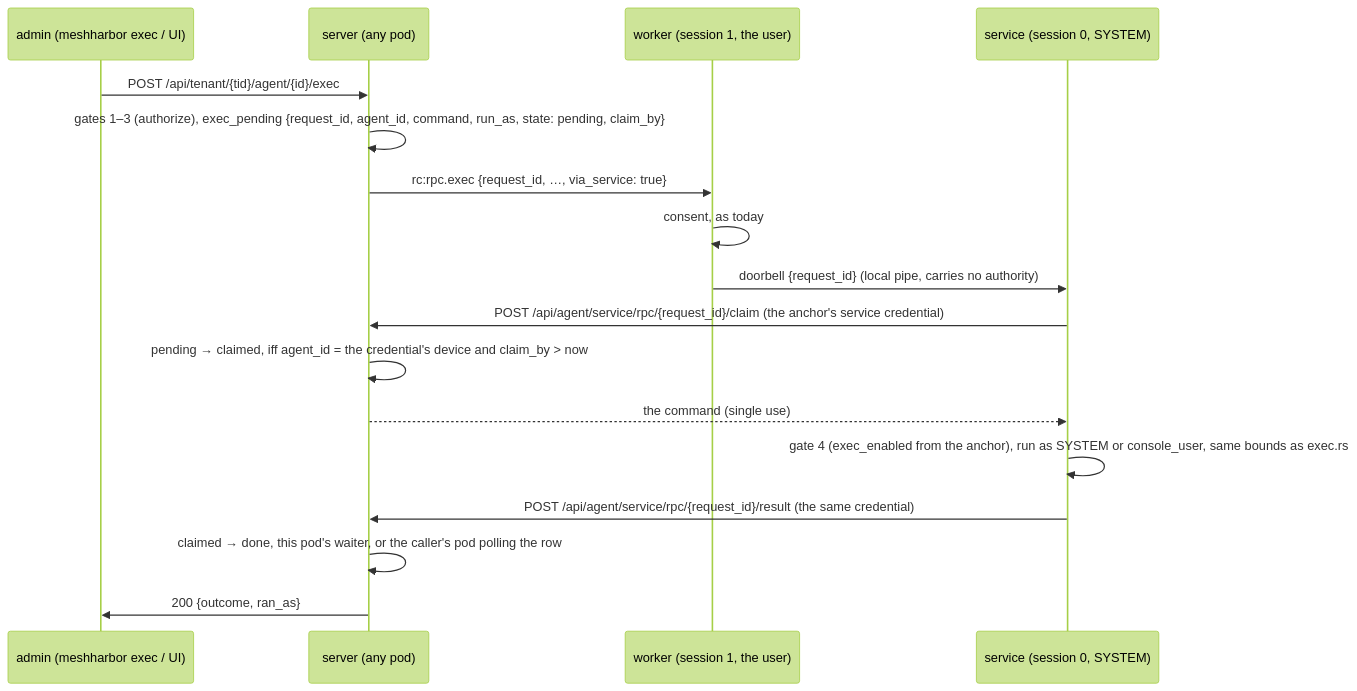
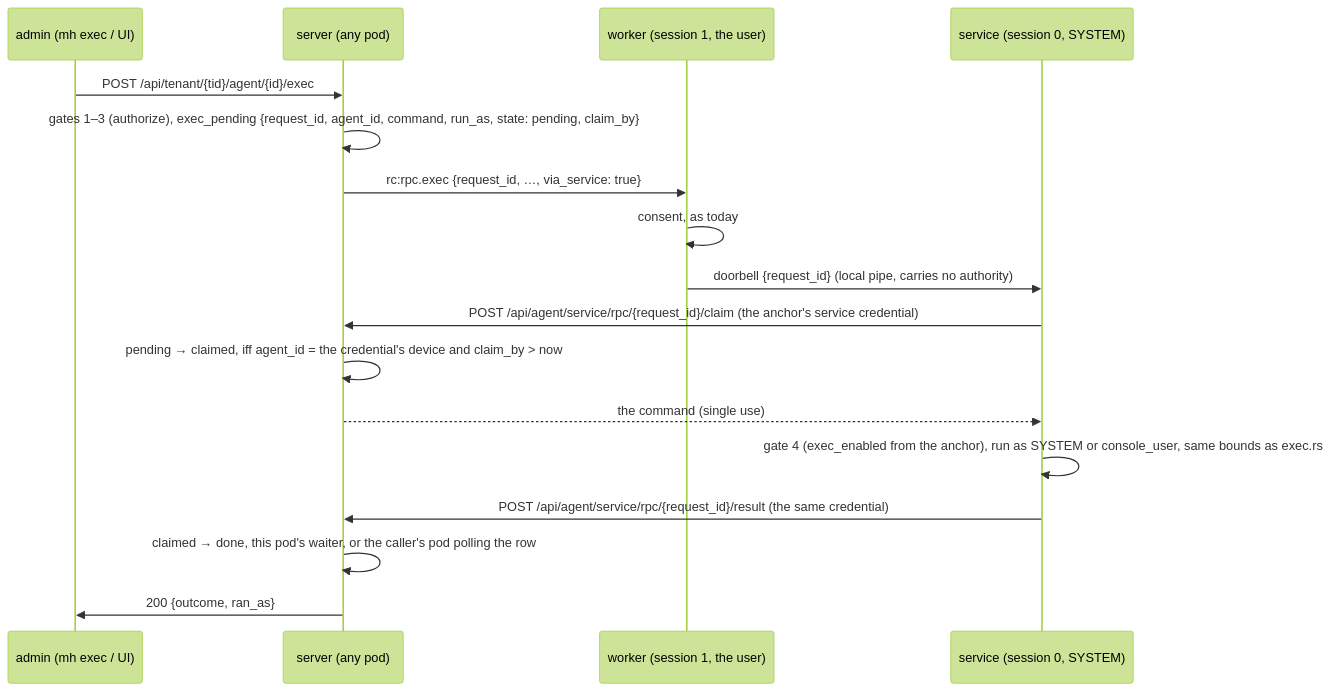
One commit to jk-zhang-meta/MeshHarbor changed the first of 2 diagrams in docs/fr/FR-94-fleet-rpc-system-on-windows.md. Above: the diagram before and after it, drawn with Mermaid (forest theme). The commit also changed other lines of this file and 323 other files, not shown here.

````diff
--- a/docs/fr/FR-94-fleet-rpc-system-on-windows.md
+++ b/docs/fr/FR-94-fleet-rpc-system-on-windows.md
@@ -91,19 +91,19 @@
 ```mermaid
 sequenceDiagram
-  participant A as admin (meshharbor exec / UI)
+  participant A as admin (mh exec / UI)
   participant S as server (any pod)
   participant W as worker (session 1, the user)
   participant V as service (session 0, SYSTEM)
   A->>S: POST /api/tenant/{tid}/agent/{id}/exec
   S->>S: gates 1–3 (authorize), exec_pending {request_id, agent_id, command, run_as, state: pending, claim_by}
   S->>W: rc:rpc.exec {request_id, …, via_service: true}
   W->>W: consent, as today
   W->>V: doorbell {request_id} (local pipe, carries no authority)
   V->>S: POST /api/agent/service/rpc/{request_id}/claim (the anchor's service credential)
   S->>S: pending → claimed, iff agent_id = the credential's device and claim_by > now
   S-->>V: the command (single use)
   V->>V: gate 4 (exec_enabled from the anchor), run as SYSTEM or console_user, same bounds as exec.rs
   V->>S: POST /api/agent/service/rpc/{request_id}/result (the same credential)
   S->>S: claimed → done, this pod's waiter, or the caller's pod polling the row
   S->>A: 200 {outcome, ran_as}
 ```
````
